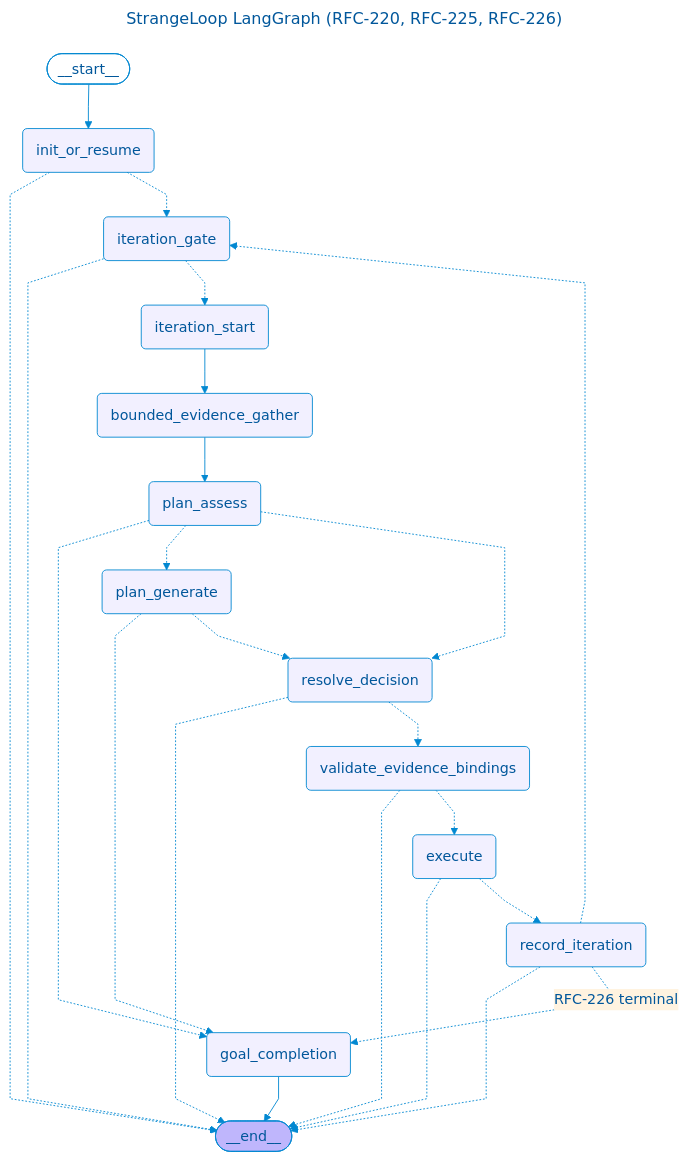
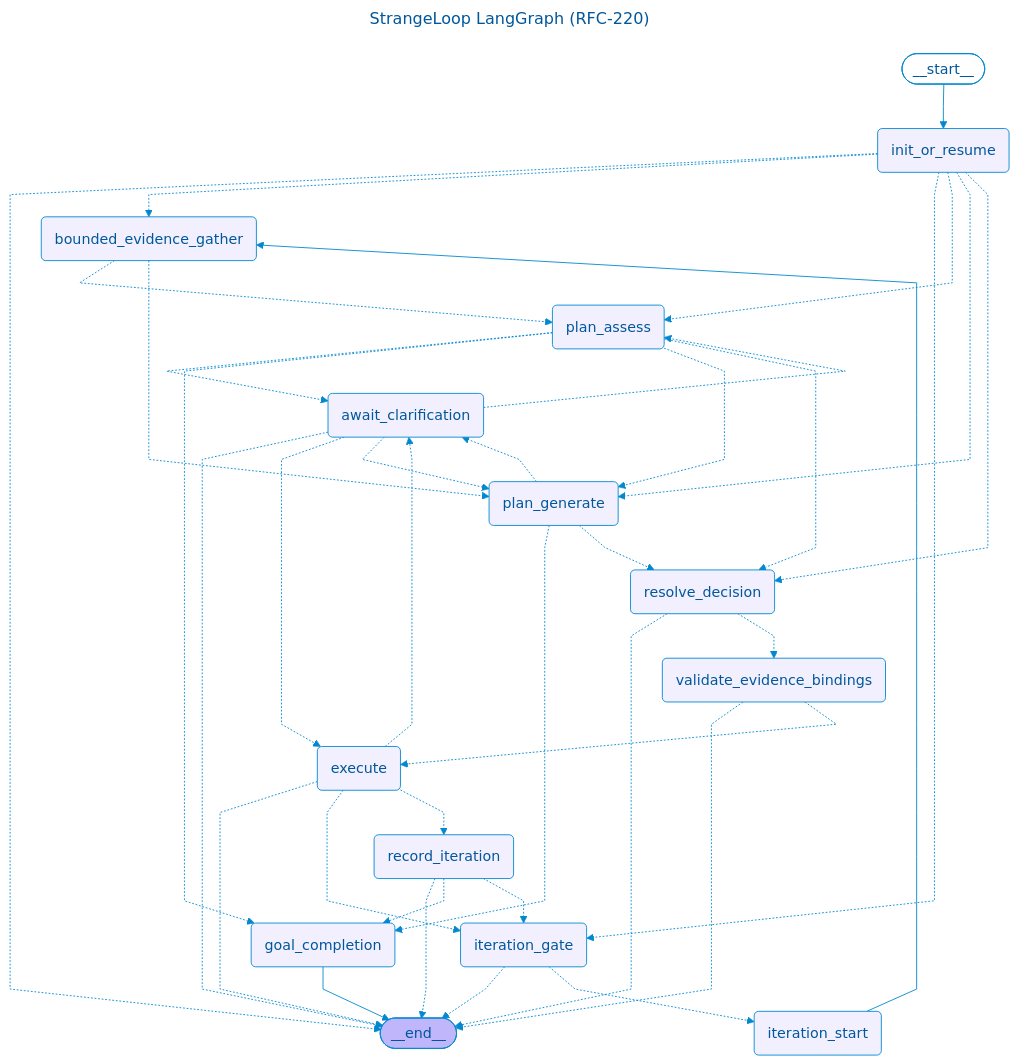
Before and after one commit to OpenSoothe/soothe: the diagram in docs/diagrams/strange_loop_graph.mmd, drawn with Mermaid. The commit also changed 6 other files, not shown here.

First line of the commit message:
fix(loop): finalize CE goal state before completion DAG reporting

```diff
--- a/docs/diagrams/strange_loop_graph.mmd
+++ b/docs/diagrams/strange_loop_graph.mmd
@@ -1,53 +1,67 @@
 ---
-title: StrangeLoop LangGraph (RFC-220, RFC-225, RFC-226)
+title: StrangeLoop LangGraph (RFC-220)
 config:
   flowchart:
     curve: linear
   theme: base
   themeVariables:
     primaryColor: "#e1f5fe"
     primaryTextColor: "#01579b"
     primaryBorderColor: "#0288d1"
     lineColor: "#0288d1"
     secondaryColor: "#fff3e0"
     tertiaryColor: "#f3e5f5"
 ---
 graph TD;
 	__start__([<p>__start__</p>]):::first
 	init_or_resume(init_or_resume)
 	iteration_gate(iteration_gate)
 	iteration_start(iteration_start)
 	bounded_evidence_gather(bounded_evidence_gather)
 	plan_assess(plan_assess)
 	plan_generate(plan_generate)
 	goal_completion(goal_completion)
 	resolve_decision(resolve_decision)
 	validate_evidence_bindings(validate_evidence_bindings)
 	execute(execute)
 	record_iteration(record_iteration)
+	await_clarification(await_clarification)
 	__end__([<p>__end__</p>]):::last
 	__start__ --> init_or_resume;
-	bounded_evidence_gather --> plan_assess;
+	await_clarification -.-> __end__;
+	await_clarification -.-> execute;
+	await_clarification -.-> plan_assess;
+	await_clarification -.-> plan_generate;
+	bounded_evidence_gather -.-> plan_assess;
+	bounded_evidence_gather -.-> plan_generate;
 	execute -.-> __end__;
+	execute -.-> await_clarification;
+	execute -.-> iteration_gate;
 	execute -.-> record_iteration;
 	init_or_resume -.-> __end__;
+	init_or_resume -.-> bounded_evidence_gather;
 	init_or_resume -.-> iteration_gate;
+	init_or_resume -.-> plan_assess;
+	init_or_resume -.-> plan_generate;
+	init_or_resume -.-> resolve_decision;
 	iteration_gate -.-> __end__;
 	iteration_gate -.-> iteration_start;
 	iteration_start --> bounded_evidence_gather;
+	plan_assess -.-> await_clarification;
 	plan_assess -.-> goal_completion;
 	plan_assess -.-> plan_generate;
 	plan_assess -.-> resolve_decision;
+	plan_generate -.-> await_clarification;
 	plan_generate -.-> goal_completion;
 	plan_generate -.-> resolve_decision;
 	record_iteration -.-> __end__;
+	record_iteration -.-> goal_completion;
 	record_iteration -.-> iteration_gate;
-	record_iteration -. "RFC-226 terminal" .-> goal_completion;
 	resolve_decision -.-> __end__;
 	resolve_decision -.-> validate_evidence_bindings;
 	validate_evidence_bindings -.-> __end__;
 	validate_evidence_bindings -.-> execute;
 	goal_completion --> __end__;
 	classDef default fill:#f2f0ff,line-height:1.2
 	classDef first fill-opacity:0
 	classDef last fill:#bfb6fc
```
